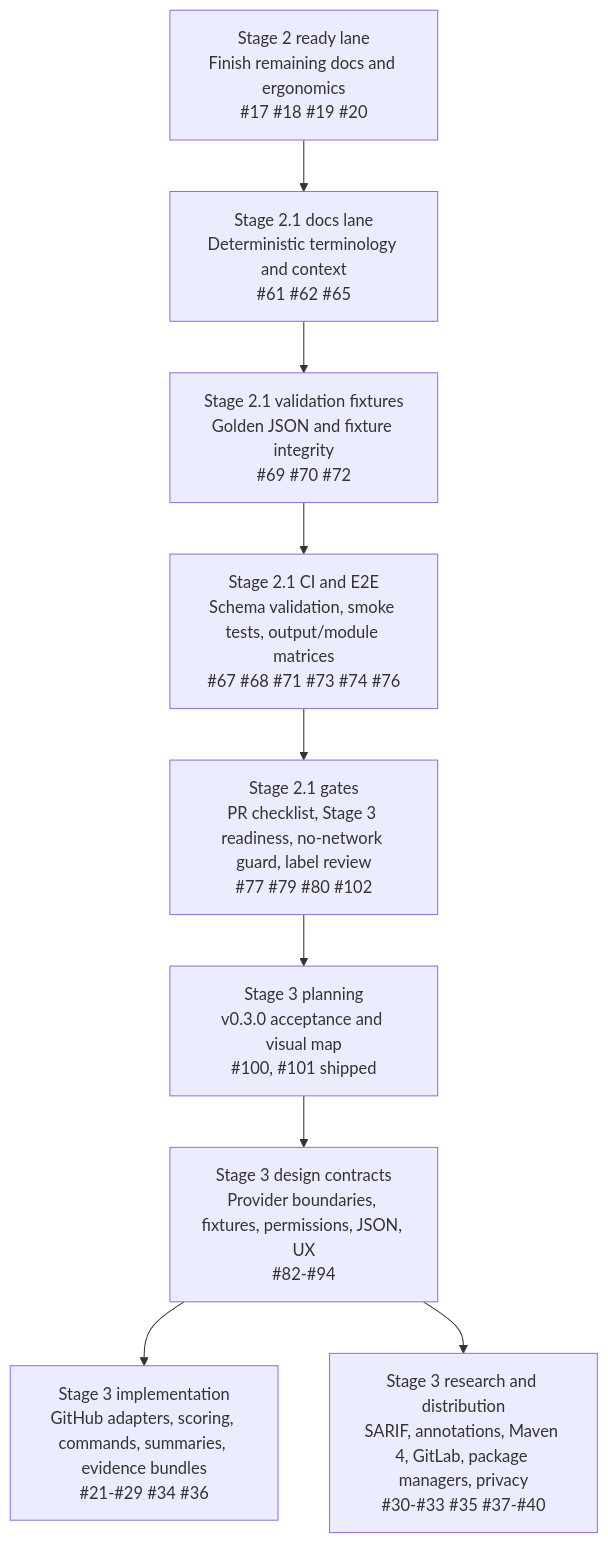
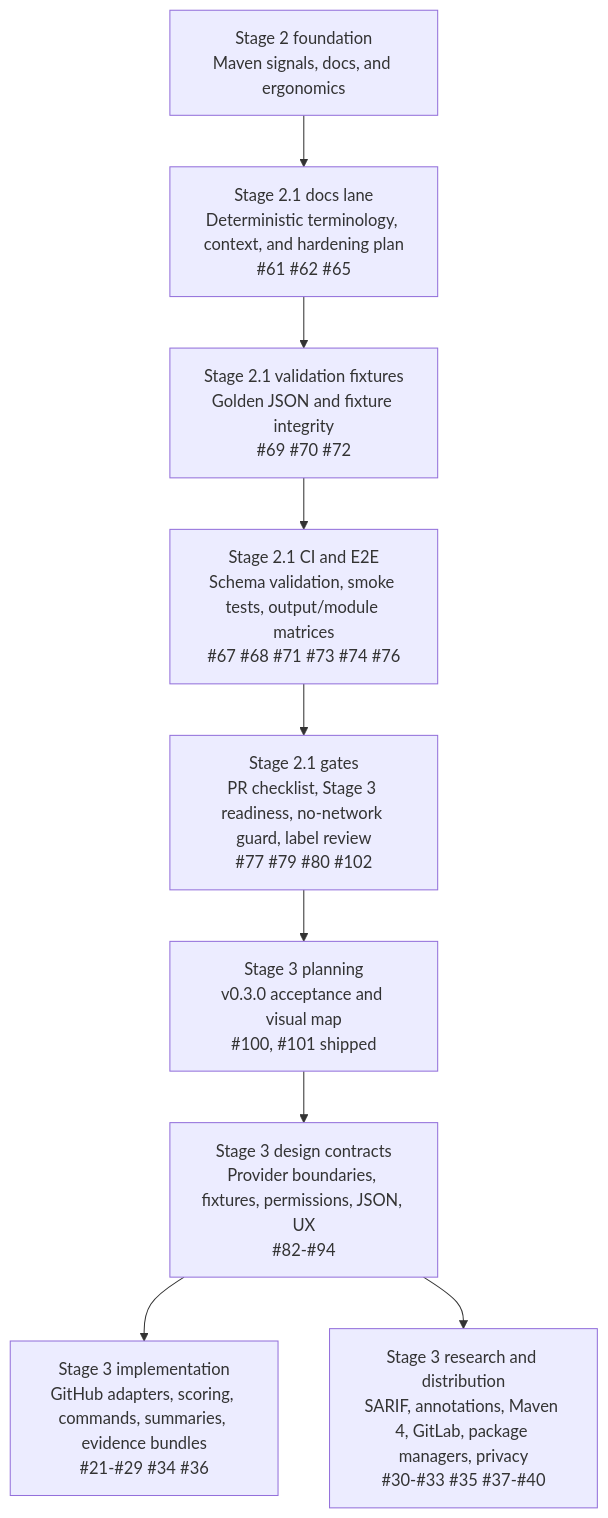
Before and after one commit to pr-cli/pr-maven-cli: the third of 6 diagrams in docs/project-visual-map.md, drawn with Mermaid. The commit also changed other lines of this file and 6 other files, not shown here.

Commit message:
docs: add MVP hardening plan

````diff
--- a/docs/project-visual-map.md
+++ b/docs/project-visual-map.md
@@ -50,15 +50,15 @@
 ```mermaid
 flowchart TD
-    L1["Stage 2 ready lane\nFinish remaining docs and ergonomics\n#17 #18 #19 #20"]
-    L2["Stage 2.1 docs lane\nDeterministic terminology and context\n#61 #62 #65"]
+    L1["Stage 2 foundation\nMaven signals, docs, and ergonomics"]
+    L2["Stage 2.1 docs lane\nDeterministic terminology, context, and hardening plan\n#61 #62 #65"]
     L3["Stage 2.1 validation fixtures\nGolden JSON and fixture integrity\n#69 #70 #72"]
     L4["Stage 2.1 CI and E2E\nSchema validation, smoke tests, output/module matrices\n#67 #68 #71 #73 #74 #76"]
     L5["Stage 2.1 gates\nPR checklist, Stage 3 readiness, no-network guard, label review\n#77 #79 #80 #102"]
     L6["Stage 3 planning\nv0.3.0 acceptance and visual map\n#100, #101 shipped"]
     L7["Stage 3 design contracts\nProvider boundaries, fixtures, permissions, JSON, UX\n#82-#94"]
     L8["Stage 3 implementation\nGitHub adapters, scoring, commands, summaries, evidence bundles\n#21-#29 #34 #36"]
     L9["Stage 3 research and distribution\nSARIF, annotations, Maven 4, GitLab, package managers, privacy\n#30-#33 #35 #37-#40"]
 
     L1 --> L2 --> L3 --> L4 --> L5 --> L6 --> L7 --> L8
     L7 --> L9
 ```
````
